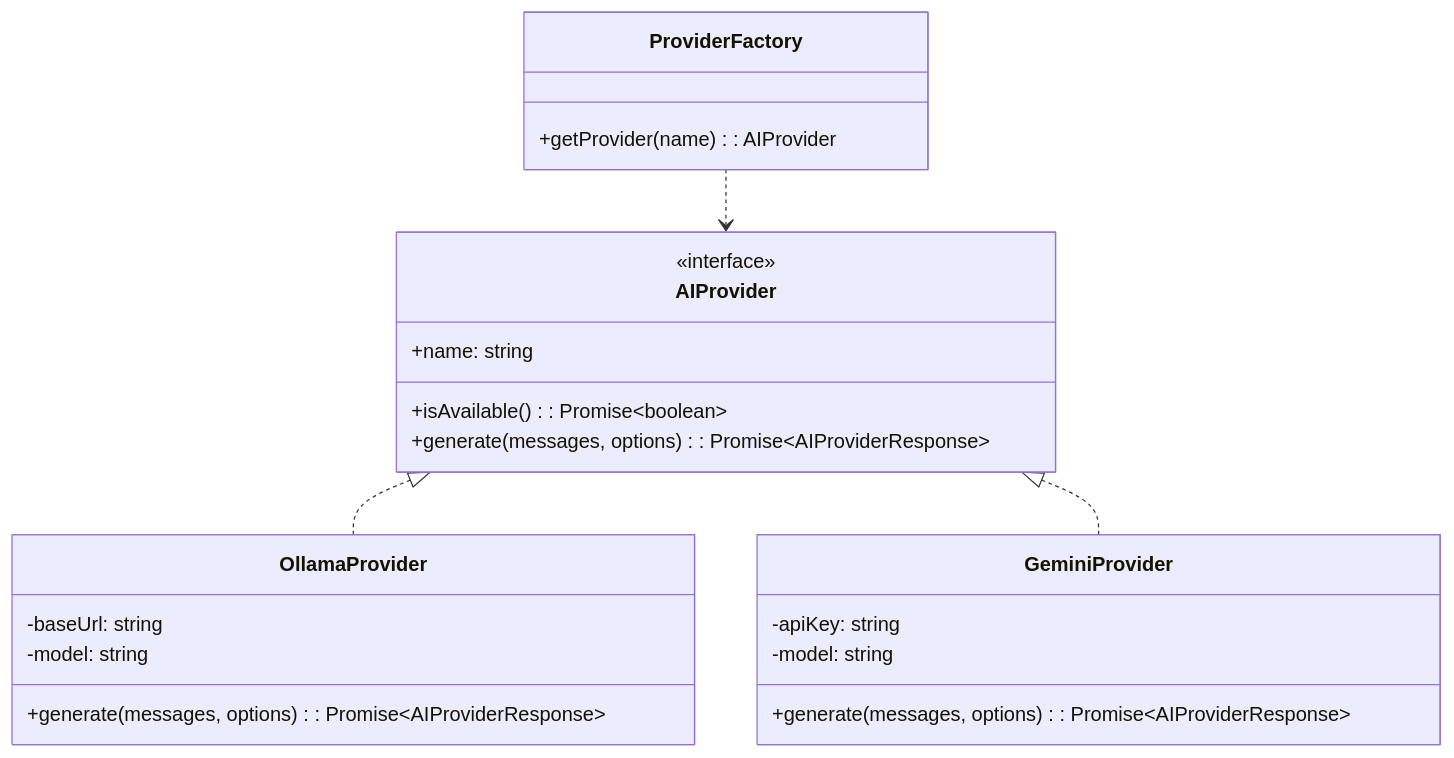
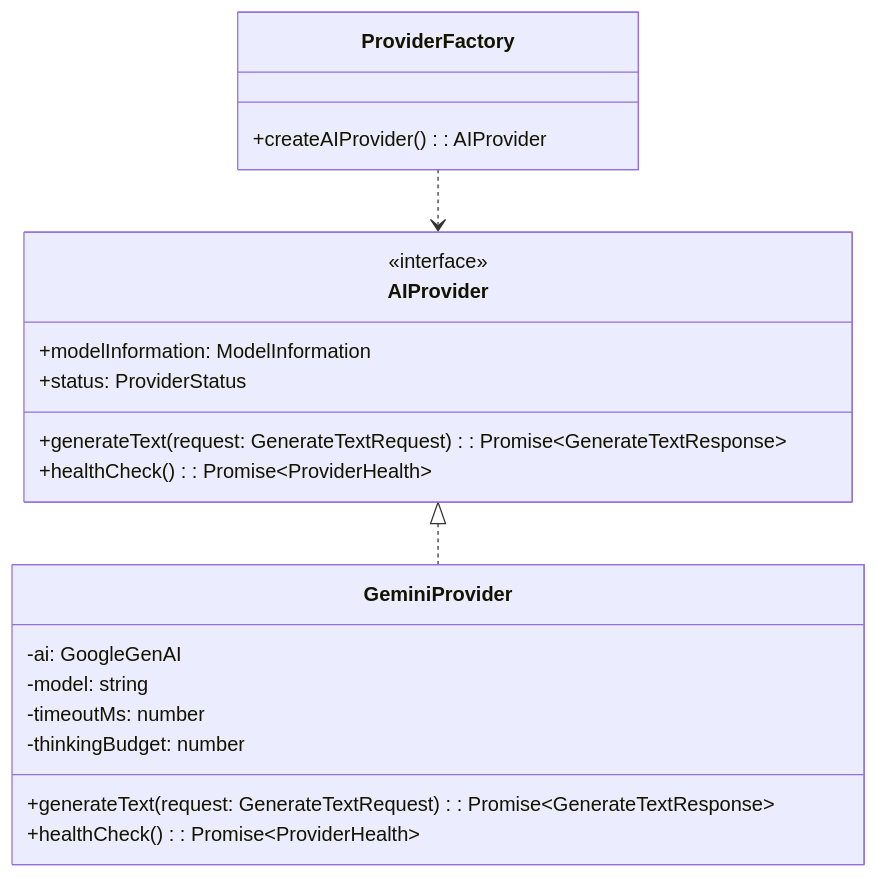
Before and after one commit to KISHOR059/aethermind-ai: the third of 3 diagrams in Ai-Architecture.md, drawn with Mermaid. The commit also changed other lines of this file and 2 other files, not shown here.

Commit message:
refactor: transition AI engine to exclusively support Google Gemini 3.5 Flash and implement server-side caching

````diff
--- a/Ai-Architecture.md
+++ b/Ai-Architecture.md
@@ -371,29 +273,26 @@
 ```mermaid
 classDiagram
     class AIProvider {
         <<interface>>
-        +name: string
-        +isAvailable(): Promise~boolean~
-        +generate(messages, options): Promise~AIProviderResponse~
-    }
-
-    class OllamaProvider {
-        -baseUrl: string
-        -model: string
-        +generate(messages, options): Promise~AIProviderResponse~
+        +modelInformation: ModelInformation
+        +status: ProviderStatus
+        +generateText(request: GenerateTextRequest): Promise~GenerateTextResponse~
+        +healthCheck(): Promise~ProviderHealth~
     }
 
     class GeminiProvider {
-        -apiKey: string
+        -ai: GoogleGenAI
         -model: string
-        +generate(messages, options): Promise~AIProviderResponse~
+        -timeoutMs: number
+        -thinkingBudget: number
+        +generateText(request: GenerateTextRequest): Promise~GenerateTextResponse~
+        +healthCheck(): Promise~ProviderHealth~
     }
 
     class ProviderFactory {
-        +getProvider(name): AIProvider
+        +createAIProvider(): AIProvider
     }
 
-    AIProvider <|.. OllamaProvider
     AIProvider <|.. GeminiProvider
     ProviderFactory ..> AIProvider
 ```
````
